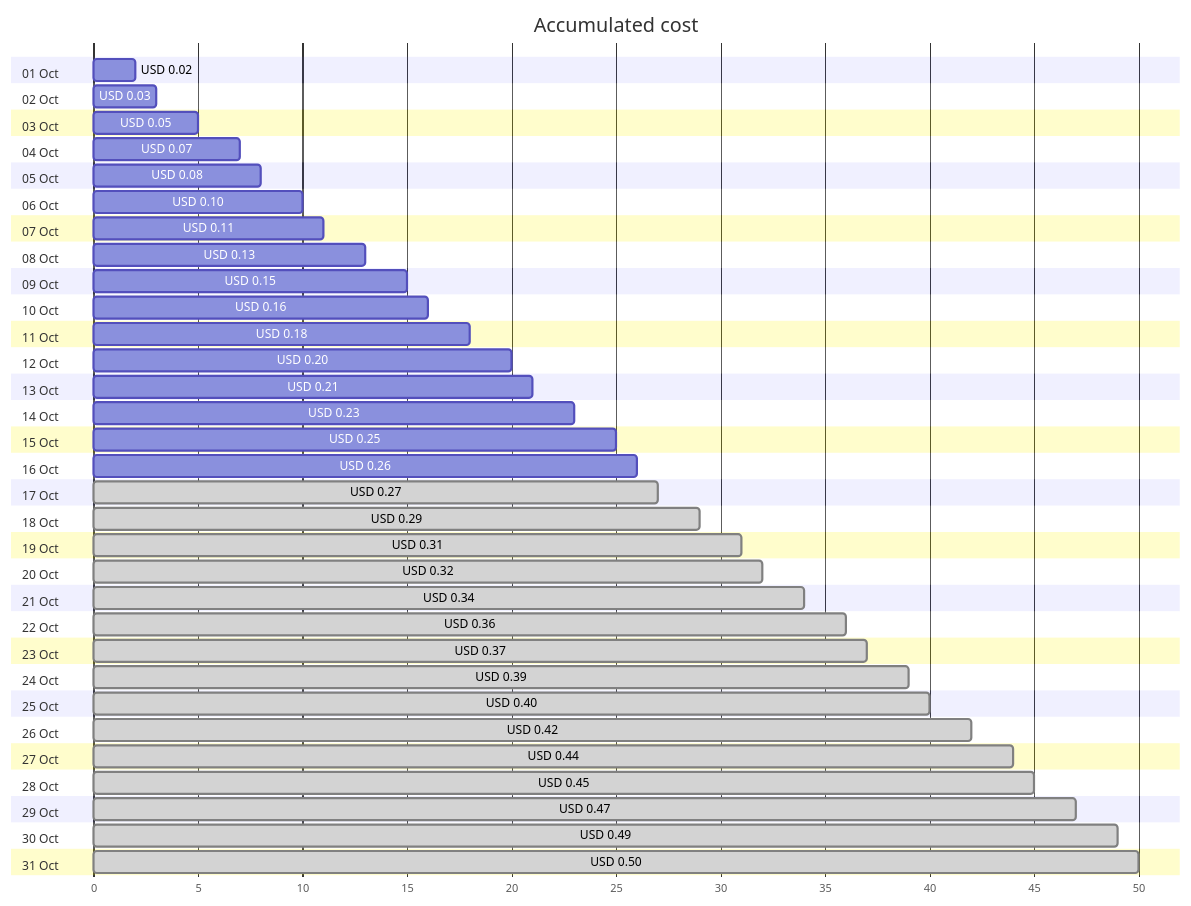
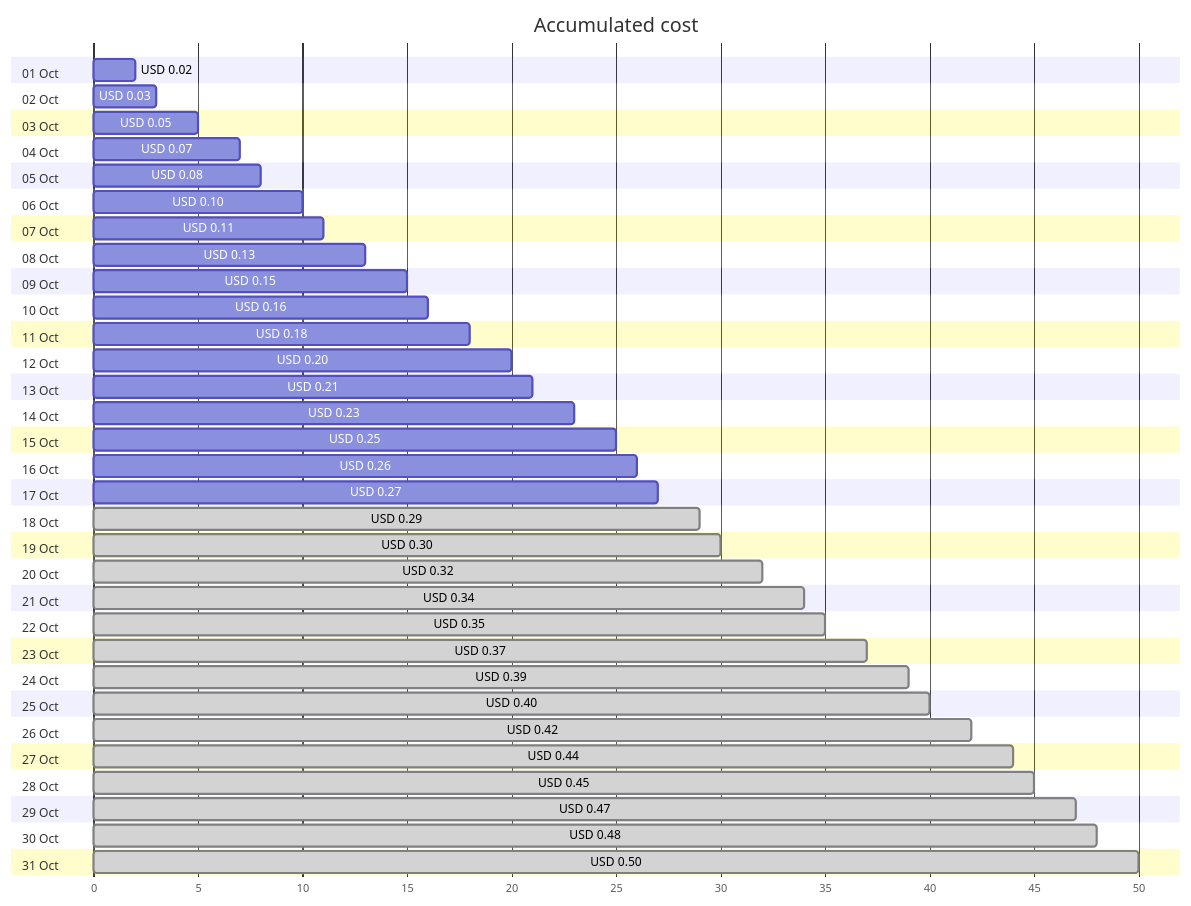
One commit to jpfulton/azure-personal-reports changed the first of 4 diagrams in cost-reports/personal-dns/jpatrickfulton.dev.md. Above: the diagram before and after it, drawn with Mermaid. The commit also changed other lines of this file and 2 other files, not shown here.

````diff
--- a/cost-reports/personal-dns/jpatrickfulton.dev.md
+++ b/cost-reports/personal-dns/jpatrickfulton.dev.md
@@ -20,68 +20,68 @@
 ```mermaid
 gantt
    title Accumulated cost
    dateFormat  X
    axisFormat %s
    section 01 Oct
    USD 0.02 :0, 2
    section 02 Oct
    USD 0.03 :0, 3
    section 03 Oct
    USD 0.05 :0, 5
    section 04 Oct
    USD 0.07 :0, 7
    section 05 Oct
    USD 0.08 :0, 8
    section 06 Oct
    USD 0.10 :0, 10
    section 07 Oct
    USD 0.11 :0, 11
    section 08 Oct
    USD 0.13 :0, 13
    section 09 Oct
    USD 0.15 :0, 15
    section 10 Oct
    USD 0.16 :0, 16
    section 11 Oct
    USD 0.18 :0, 18
    section 12 Oct
    USD 0.20 :0, 20
    section 13 Oct
    USD 0.21 :0, 21
    section 14 Oct
    USD 0.23 :0, 23
    section 15 Oct
    USD 0.25 :0, 25
    section 16 Oct
    USD 0.26 :0, 26
    section 17 Oct
-   USD 0.27 : done, 0, 27
+   USD 0.27 :0, 27
    section 18 Oct
    USD 0.29 : done, 0, 29
    section 19 Oct
-   USD 0.31 : done, 0, 31
+   USD 0.30 : done, 0, 30
    section 20 Oct
    USD 0.32 : done, 0, 32
    section 21 Oct
    USD 0.34 : done, 0, 34
    section 22 Oct
-   USD 0.36 : done, 0, 36
+   USD 0.35 : done, 0, 35
    section 23 Oct
    USD 0.37 : done, 0, 37
    section 24 Oct
    USD 0.39 : done, 0, 39
    section 25 Oct
    USD 0.40 : done, 0, 40
    section 26 Oct
    USD 0.42 : done, 0, 42
    section 27 Oct
    USD 0.44 : done, 0, 44
    section 28 Oct
    USD 0.45 : done, 0, 45
    section 29 Oct
    USD 0.47 : done, 0, 47
    section 30 Oct
-   USD 0.49 : done, 0, 49
+   USD 0.48 : done, 0, 48
    section 31 Oct
    USD 0.50 : done, 0, 50
 ```
````
